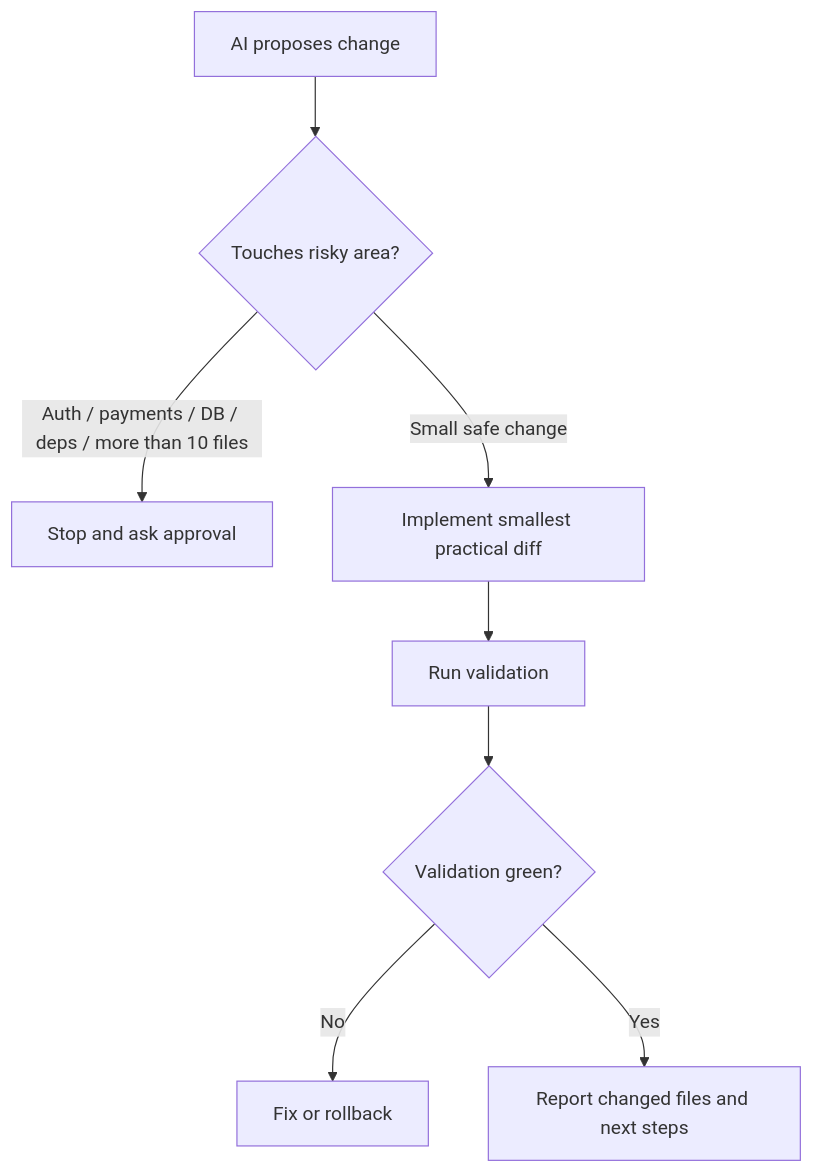
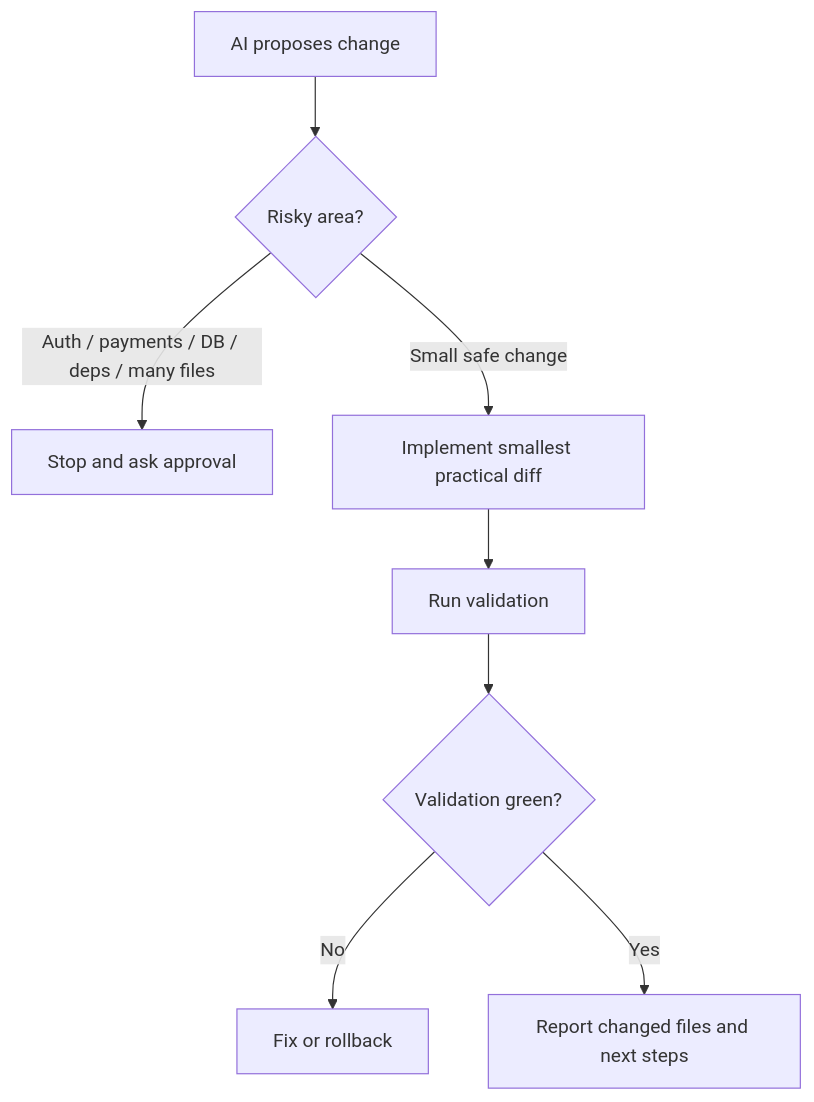
One commit to Gudvin82/vibe-coding-protocols changed the second of 2 diagrams in README.md. Above: the diagram before and after it, drawn with Mermaid. The commit also changed other lines of this file and 12 other files, not shown here.

````diff
--- a/README.md
+++ b/README.md
@@ -291,10 +398,10 @@
 ```mermaid
 flowchart TD
-    A[AI proposes change] --> B{Touches risky area?}
-    B -->|Auth / payments / DB / deps / more than 10 files| C[Stop and ask approval]
+    A[AI proposes change] --> B{Risky area?}
+    B -->|Auth / payments / DB / deps / many files| C[Stop and ask approval]
     B -->|Small safe change| D[Implement smallest practical diff]
     D --> E[Run validation]
     E --> F{Validation green?}
     F -->|No| G[Fix or rollback]
     F -->|Yes| H[Report changed files and next steps]
 ```
````
